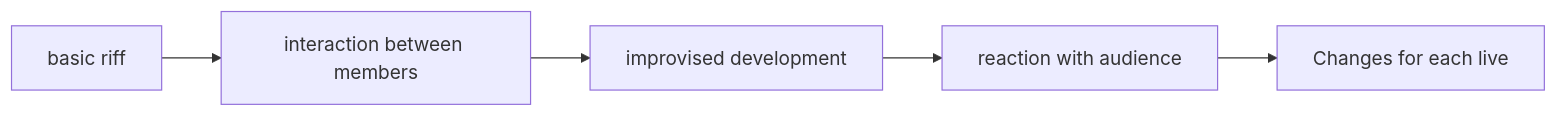
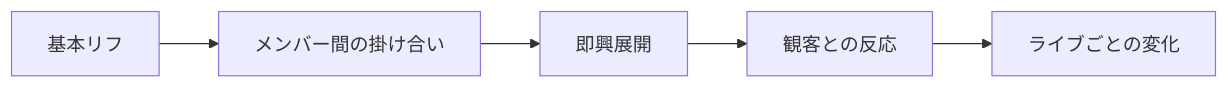
The sixth of 16 diagrams in en/_posts/2026-08-04-column-high-fade.md (monumental-movement/monumental-movement.github.io), drawn with Mermaid before and after one commit. The commit also changed other lines of this file and 2196 other files, not shown here.

```diff
--- a/en/_posts/2026-08-04-column-high-fade.md
+++ b/en/_posts/2026-08-04-column-high-fade.md
@@ -767,13 +766,13 @@
 <div class="mermaid">
 flowchart LR
-A[basic riff]
-B[interaction between members]
-C[improvised development]
-D[reaction with audience]
-E[Changes for each live]
+A[基本リフ]
+B[メンバー間の掛け合い]
+C[即興展開]
+D[観客との反応]
+E[ライブごとの変化]
 
 A --> B
 B --> C
 C --> D
 D --> E
 </div>
```
